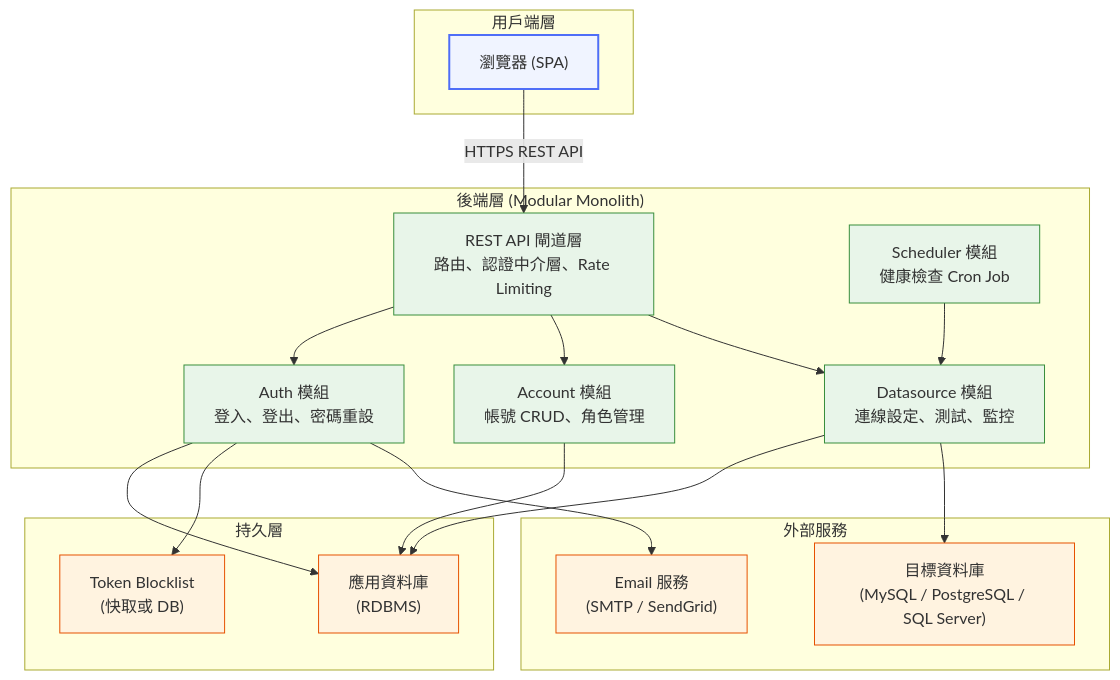
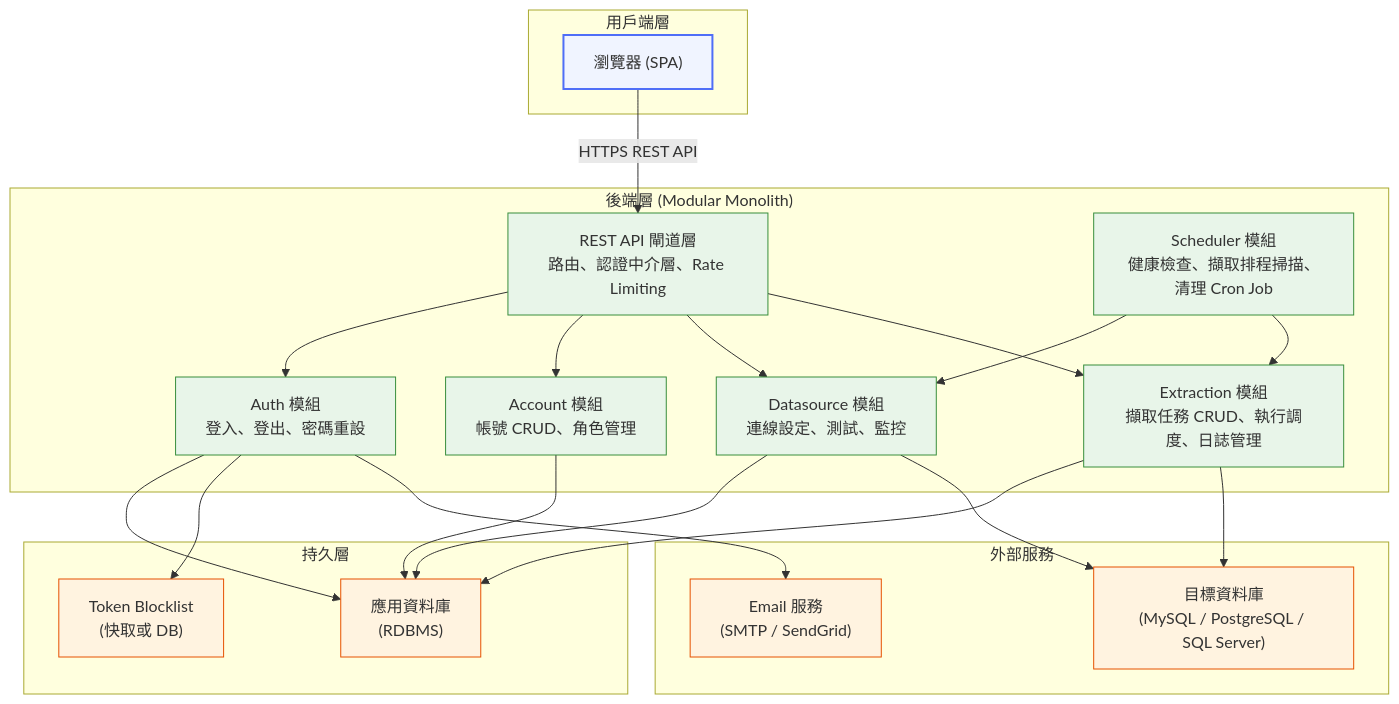
Before and after one commit to wisewhalesoft/cdmp-mvp: the first of 12 diagrams in docs/specs/architecture-spec.md, drawn with Mermaid. The commit also changed other lines of this file, not shown here.

````diff
--- a/docs/specs/architecture-spec.md
+++ b/docs/specs/architecture-spec.md
@@ -42,43 +42,48 @@
 ```mermaid
 graph TD
     subgraph 用戶端["用戶端層"]
         Browser["瀏覽器 (SPA)"]
     end
 
     subgraph 後端["後端層 (Modular Monolith)"]
         API["REST API 閘道層<br/>路由、認證中介層、Rate Limiting"]
         AuthMod["Auth 模組<br/>登入、登出、密碼重設"]
         AccountMod["Account 模組<br/>帳號 CRUD、角色管理"]
         DatasourceMod["Datasource 模組<br/>連線設定、測試、監控"]
-        Scheduler["Scheduler 模組<br/>健康檢查 Cron Job"]
+        ExtractionMod["Extraction 模組<br/>擷取任務 CRUD、執行調度、日誌管理"]
+        Scheduler["Scheduler 模組<br/>健康檢查、擷取排程掃描、清理 Cron Job"]
     end
 
     subgraph 持久層["持久層"]
         AppDB["應用資料庫<br/>(RDBMS)"]
         TokenStore["Token Blocklist<br/>(快取或 DB)"]
     end
 
     subgraph 外部["外部服務"]
         Email["Email 服務<br/>(SMTP / SendGrid)"]
         TargetDB["目標資料庫<br/>(MySQL / PostgreSQL / SQL Server)"]
     end
 
     Browser -->|"HTTPS REST API"| API
     API --> AuthMod
     API --> AccountMod
     API --> DatasourceMod
+    API --> ExtractionMod
     Scheduler --> DatasourceMod
+    Scheduler --> ExtractionMod
     AuthMod --> AppDB
     AuthMod --> TokenStore
     AuthMod --> Email
     AccountMod --> AppDB
     DatasourceMod --> AppDB
     DatasourceMod --> TargetDB
+    ExtractionMod --> AppDB
+    ExtractionMod --> TargetDB
 
     classDef layer fill:#f0f4ff,stroke:#4f6ef7,stroke-width:2px
     classDef module fill:#e8f5e9,stroke:#388e3c,stroke-width:1px
     classDef external fill:#fff3e0,stroke:#e65100,stroke-width:1px
     class Browser layer
-    class API,AuthMod,AccountMod,DatasourceMod,Scheduler module
+    class API,AuthMod,AccountMod,DatasourceMod,ExtractionMod,Scheduler module
     class Email,TargetDB,AppDB,TokenStore external
 ```
````
